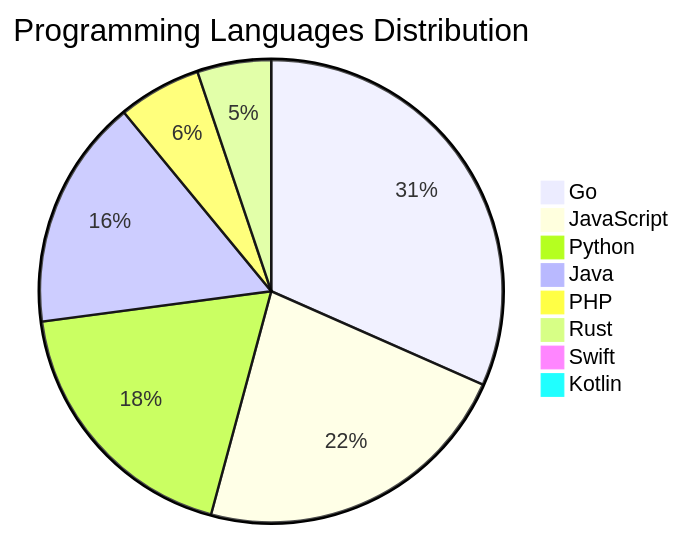
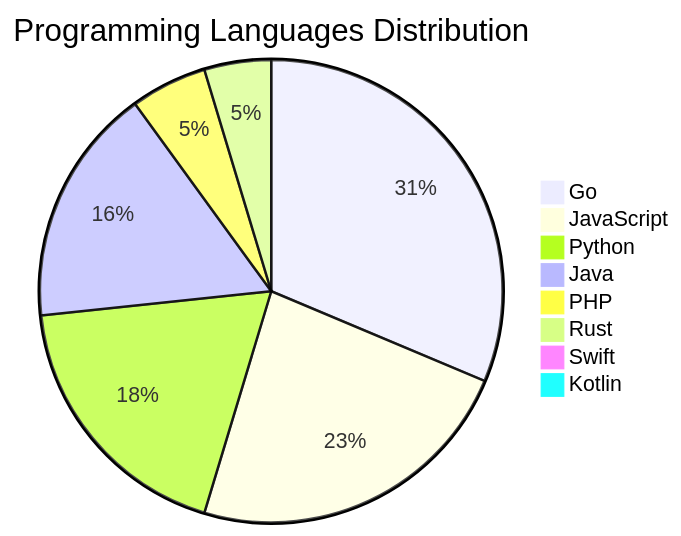
One commit to Derrick-MUGISHA/github-activity-bot changed the diagram in README.md. Above: the diagram before and after it, drawn with Mermaid. The commit also changed other lines of this file and 4 other files, not shown here.

````diff
--- a/README.md
+++ b/README.md
@@ -208,11 +208,11 @@
 ```mermaid
 pie title Programming Languages Distribution
-    "Go" : 49
+    "Go" : 47
     "JavaScript" : 35
-    "Python" : 29
+    "Python" : 28
     "Java" : 25
-    "PHP" : 9
-    "Rust" : 8
+    "PHP" : 8
+    "Rust" : 7
     "Swift" : 1
     "Kotlin" : 1
 ```
````
